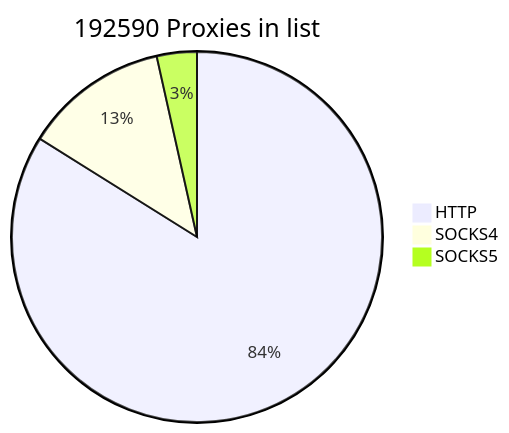
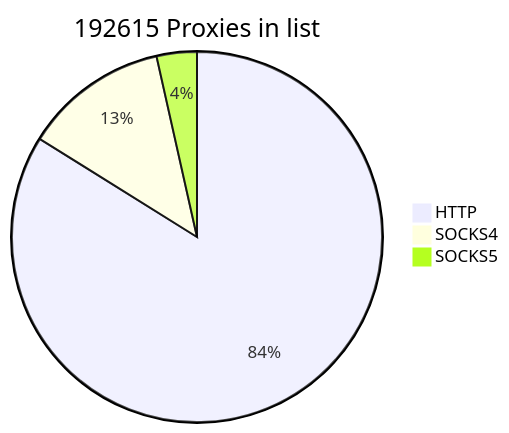
One commit to cutipu/proxylist changed the first of 2 diagrams in README.md. Above: the diagram before and after it, drawn with Mermaid. The commit also changed other lines of this file, not shown here.

````diff
--- a/README.md
+++ b/README.md
@@ -2,7 +2,7 @@
 ```mermaid
-pie title 192590 Proxies in list
+pie title 192615 Proxies in list
     "HTTP" : 161561
-    "SOCKS4" : 24299
-    "SOCKS5" : 6730
+    "SOCKS4" : 24296
+    "SOCKS5" : 6758
             
 ```
````
